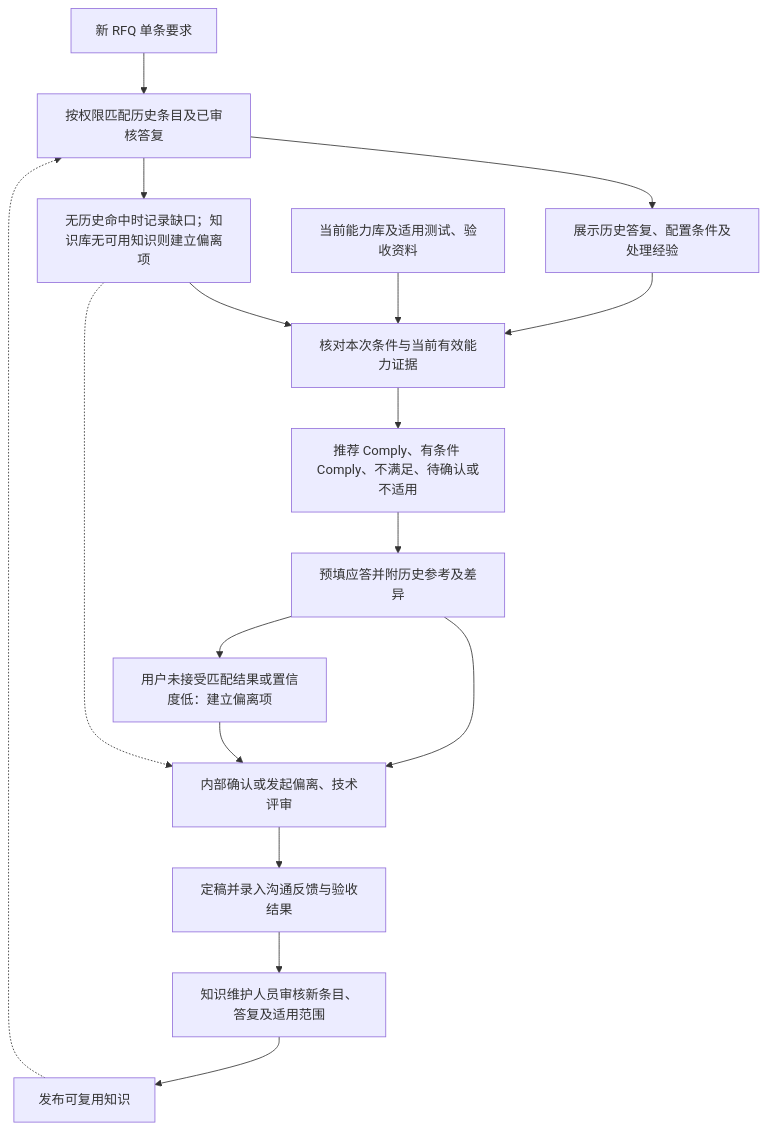
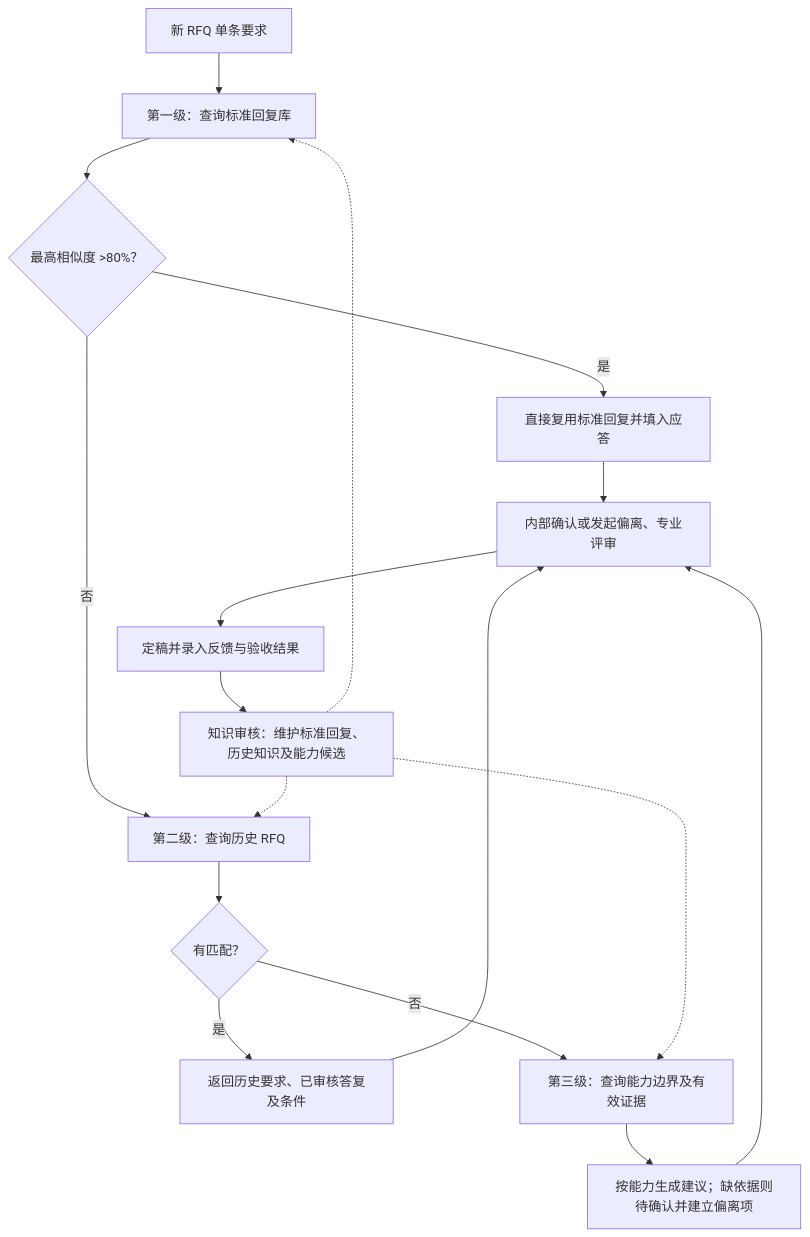
The second of 4 diagrams in FEP销售RFQ提效Agent_PRD_v0.2.md (mingming11115/fep-rfq-agent), drawn with Mermaid before and after one commit. The commit also changed other lines of this file and 27 other files, not shown here.

````diff
--- a/FEP销售RFQ提效Agent_PRD_v0.2.md
+++ b/FEP销售RFQ提效Agent_PRD_v0.2.md
@@ -645,19 +383,19 @@
 ```mermaid
 flowchart TD
-    A["新 RFQ 单条要求"] --> B["按权限匹配历史条目及已审核答复"]
-    B --> C["展示历史答复、配置条件及处理经验"]
-    B --> D["无历史命中时记录缺口；知识库无可用知识则建立偏离项"]
-    C --> E["核对本次条件与当前有效能力证据"]
-    D --> E
-    K["当前能力库及适用测试、验收资料"] --> E
-    E --> F["推荐 Comply、有条件 Comply、不满足、待确认或不适用"]
-    F --> G["预填应答并附历史参考及差异"]
-    G --> H["内部确认或发起偏离、技术评审"]
-    G --> M["用户未接受匹配结果或置信度低：建立偏离项"]
-    M --> H
-    D -.-> H
-    H --> I["定稿并录入沟通反馈与验收结果"]
-    I --> J["知识维护人员审核新条目、答复及适用范围"]
-    J --> L["发布可复用知识"]
-    L -.-> B
+    A["新 RFQ 单条要求"] --> B["第一级：查询标准回复库"]
+    B --> C{"最高相似度 >80%？"}
+    C -->|是| R["直接复用标准回复并填入应答"]
+    C -->|否| D["第二级：查询历史 RFQ"]
+    D --> E{"有匹配？"}
+    E -->|是| S["返回历史要求、已审核答复及条件"]
+    E -->|否| F["第三级：查询能力边界及有效证据"]
+    F --> G["按能力生成建议；缺依据则待确认并建立偏离项"]
+    R --> H["内部确认或发起偏离、专业评审"]
+    S --> H
+    G --> H
+    H --> I["定稿并录入反馈与验收结果"]
+    I --> J["知识审核：维护标准回复、历史知识及能力候选"]
+    J -.-> B
+    J -.-> D
+    J -.-> F
 ```
````
